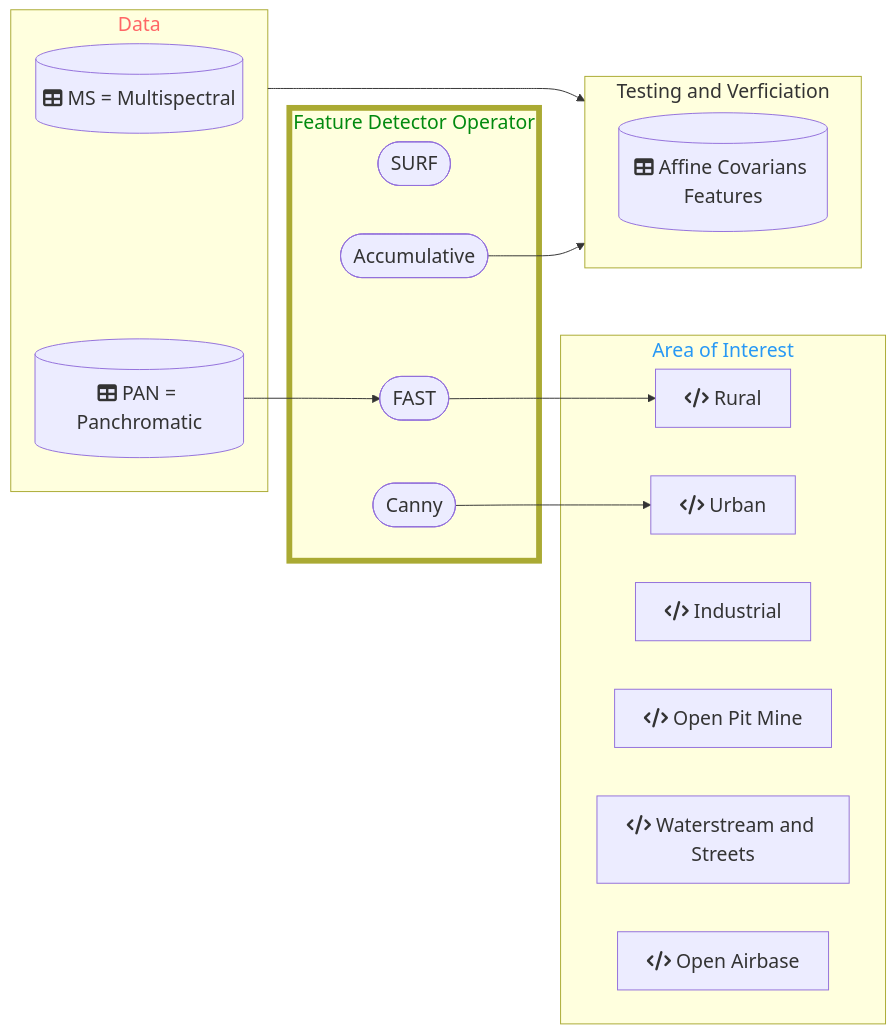
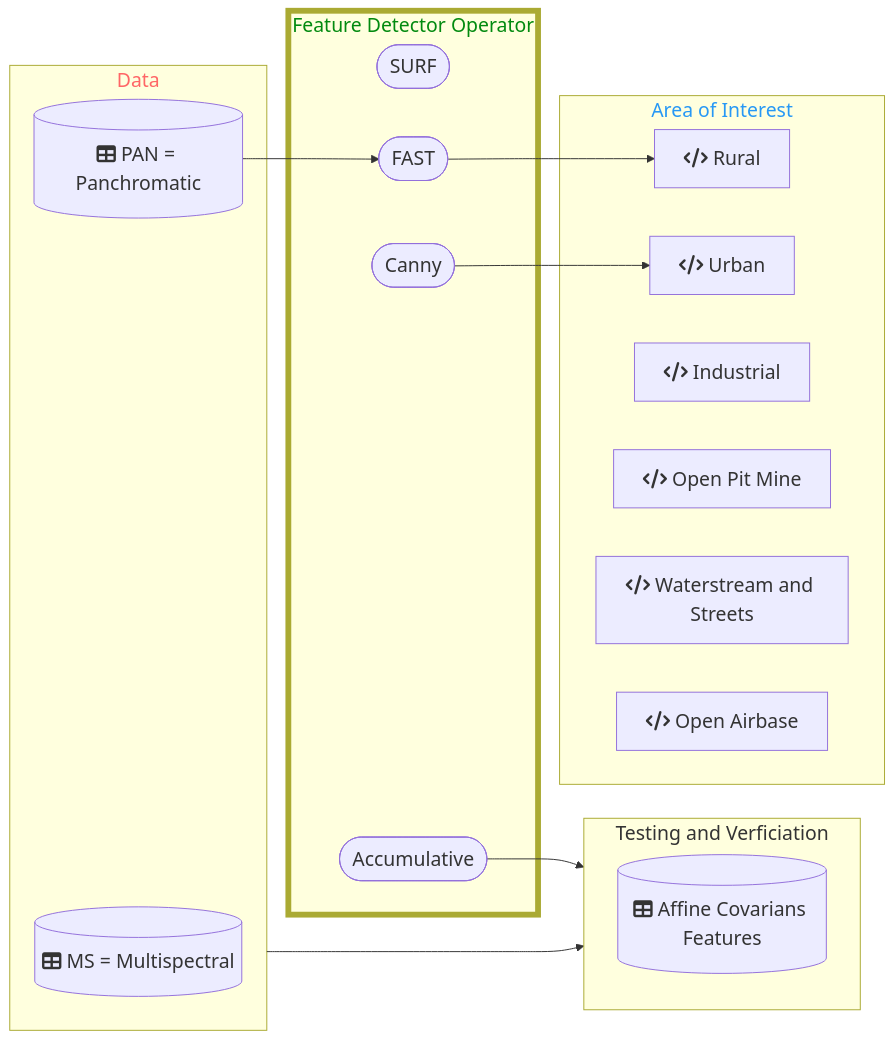
One commit to DippoldEJ/Feature-Detection-and-Explanation changed the diagram in Application/README.md. Above: the diagram before and after it, drawn with Mermaid. The commit also changed other lines of this file, not shown here.

````diff
--- a/Application/README.md
+++ b/Application/README.md
@@ -13,44 +13,44 @@
 ```mermaid
 flowchart LR;
 %%{init: {
 	'themeVariables': { 'fontSize': '20px', 'fontFamily': 'Didot'}
 	}
 }%%
 
  subgraph n[Data]
         g[(fa:fa-table MS = Multispectral)]
         h[(fa:fa-table PAN = Panchromatic)]
+    end
+
+ subgraph q[Testing and Verficiation]
+        r[(fa:fa-table Affine Covarians Features)]
     end
 
  subgraph o[Feature Detector Operator]
         j([SURF])
         k([FAST])
         l([Canny])
         m([Accumulative])
     end
 
 subgraph p[Area of Interest]
     a[fa:fa-code Rural]
     b[fa:fa-code Urban]
     c[fa:fa-code Industrial]
     d[fa:fa-code Open Pit Mine]
     e[fa:fa-code Waterstream and Streets]
     f[fa:fa-code Open Airbase]
     end
 
- subgraph q[Testing and Verficiation]
-        r[(fa:fa-table Affine Covarians Features)]
-    end
-
 style n color:#f66
 style o stroke-width:6px
 style o color:#028A0F
 style p color:#2798F5
 
 h-->k
 k-->a
 l-->b
 m-->q
 n-->q
 
 ```
````
